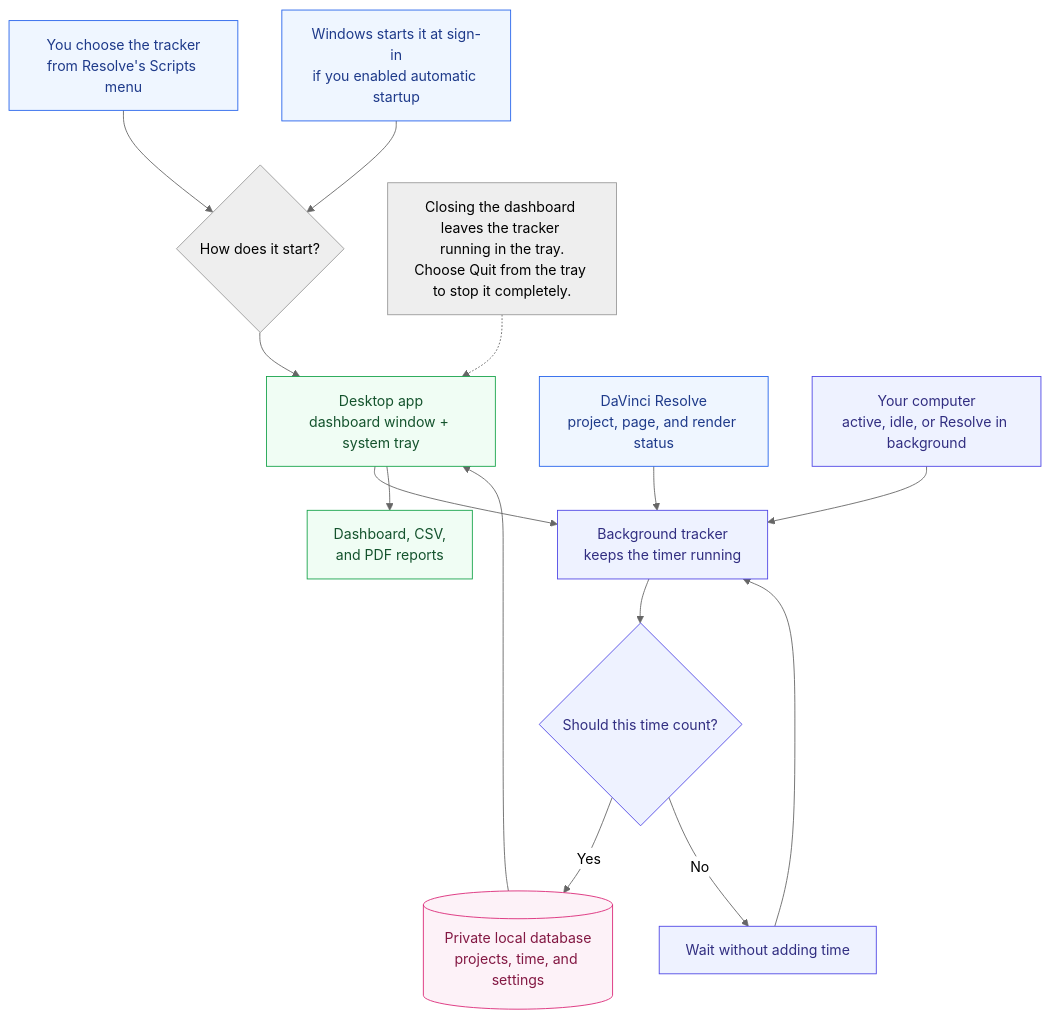
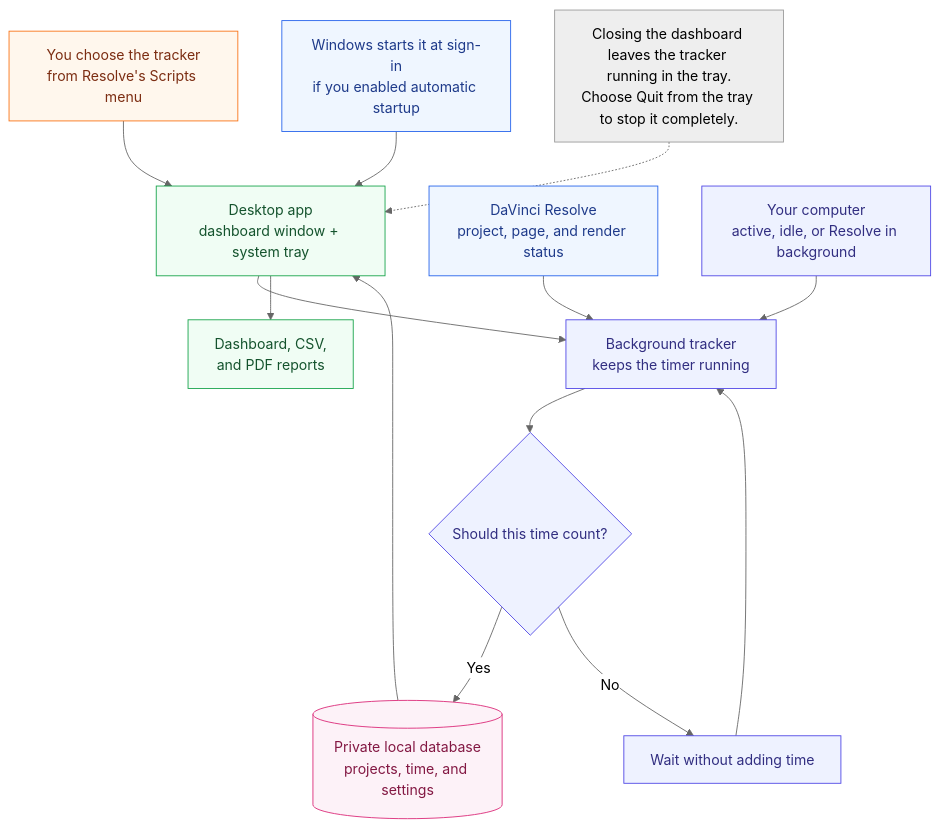
Before and after one commit to Today20092/Davinci-Resolve-TimeTracker: the first of 2 diagrams in README.md, drawn with Mermaid (neutral theme). The commit also changed other lines of this file and 8 other files, not shown here.

````diff
--- a/README.md
+++ b/README.md
@@ -143,34 +177,31 @@
 ```mermaid
 flowchart TD
-  Start{"How does it start?"}
-  Menu["You choose the tracker<br/>from Resolve's Scripts menu"] --> Start
-  Login["Windows starts it at sign-in<br/>if you enabled automatic startup"] --> Start
-
-  Start --> App["Desktop app<br/>dashboard window + system tray"]
+  Menu["You choose the tracker<br/>from Resolve's Scripts menu"] --> App["Desktop app<br/>dashboard window + system tray"]
+  Login["Windows starts it at sign-in<br/>if you enabled automatic startup"] --> App
   App --> Tracker["Background tracker<br/>keeps the timer running"]
 
   Resolve["DaVinci Resolve<br/>project, page, and render status"] --> Tracker
   Activity["Your computer<br/>active, idle, or Resolve in background"] --> Tracker
 
   Tracker --> Decision{"Should this time count?"}
   Decision -->|Yes| Database[("Private local database<br/>projects, time, and settings")]
   Decision -->|No| Wait["Wait without adding time"]
   Wait --> Tracker
 
   Database --> App
   App --> Reports["Dashboard, CSV,<br/>and PDF reports"]
 
   Note["Closing the dashboard leaves the tracker running in the tray.<br/>Choose Quit from the tray to stop it completely."] -.-> App
 
   classDef user fill:#fff7ed,stroke:#f97316,color:#7c2d12
   classDef resolve fill:#eff6ff,stroke:#2563eb,color:#1e3a8a
   classDef desktop fill:#f0fdf4,stroke:#16a34a,color:#14532d
   classDef backend fill:#eef2ff,stroke:#4f46e5,color:#312e81
   classDef data fill:#fdf2f8,stroke:#db2777,color:#831843
 
-  class User user
-  class Menu,Login,Resolve resolve
+  class Menu user
+  class Login,Resolve resolve
   class App,Reports desktop
   class Tracker,Decision,Activity,Wait backend
   class Database data
 ```
````
